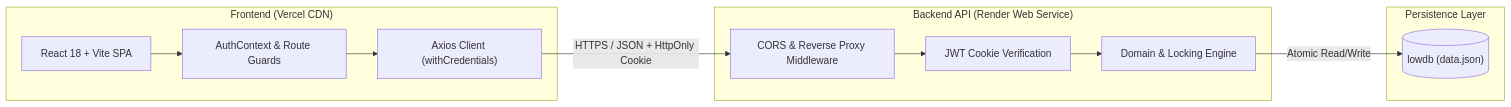
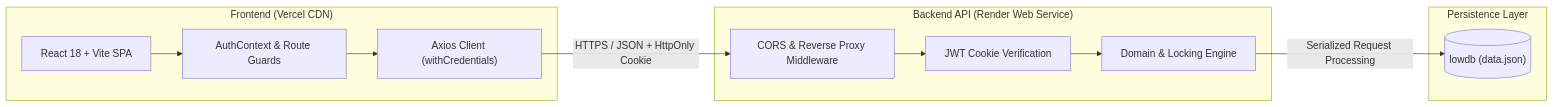
One commit to nestorNiloy/bookloop-lite changed the first of 2 diagrams in README.md. Above: the diagram before and after it, drawn with Mermaid. The commit also changed other lines of this file and 15 other files, not shown here.

````diff
--- a/README.md
+++ b/README.md
@@ -15,23 +15,23 @@
 ```mermaid
 flowchart LR
     subgraph Client ["Frontend (Vercel CDN)"]
         UI["React 18 + Vite SPA"]
         AuthCtx["AuthContext & Route Guards"]
         Axios["Axios Client (withCredentials)"]
         UI --> AuthCtx --> Axios
     end
 
     subgraph Server ["Backend API (Render Web Service)"]
         CORS["CORS & Reverse Proxy Middleware"]
         JWT["JWT Cookie Verification"]
         Domain["Domain & Locking Engine"]
         CORS --> JWT --> Domain
     end
 
     subgraph Storage ["Persistence Layer"]
         LowDB[("lowdb (data.json)")]
     end
 
     Axios -- "HTTPS / JSON + HttpOnly Cookie" --> CORS
-    Domain -- "Atomic Read/Write" --> LowDB
+    Domain -- "Serialized Request Processing" --> LowDB
 ```
````
